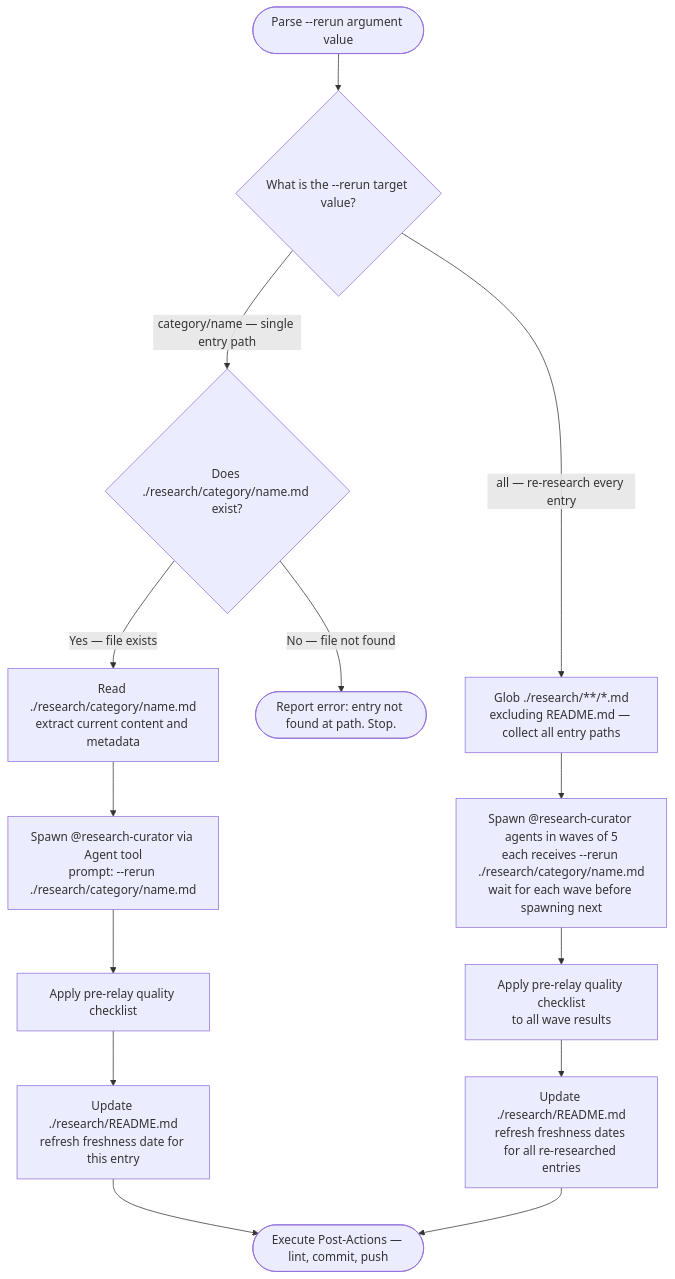
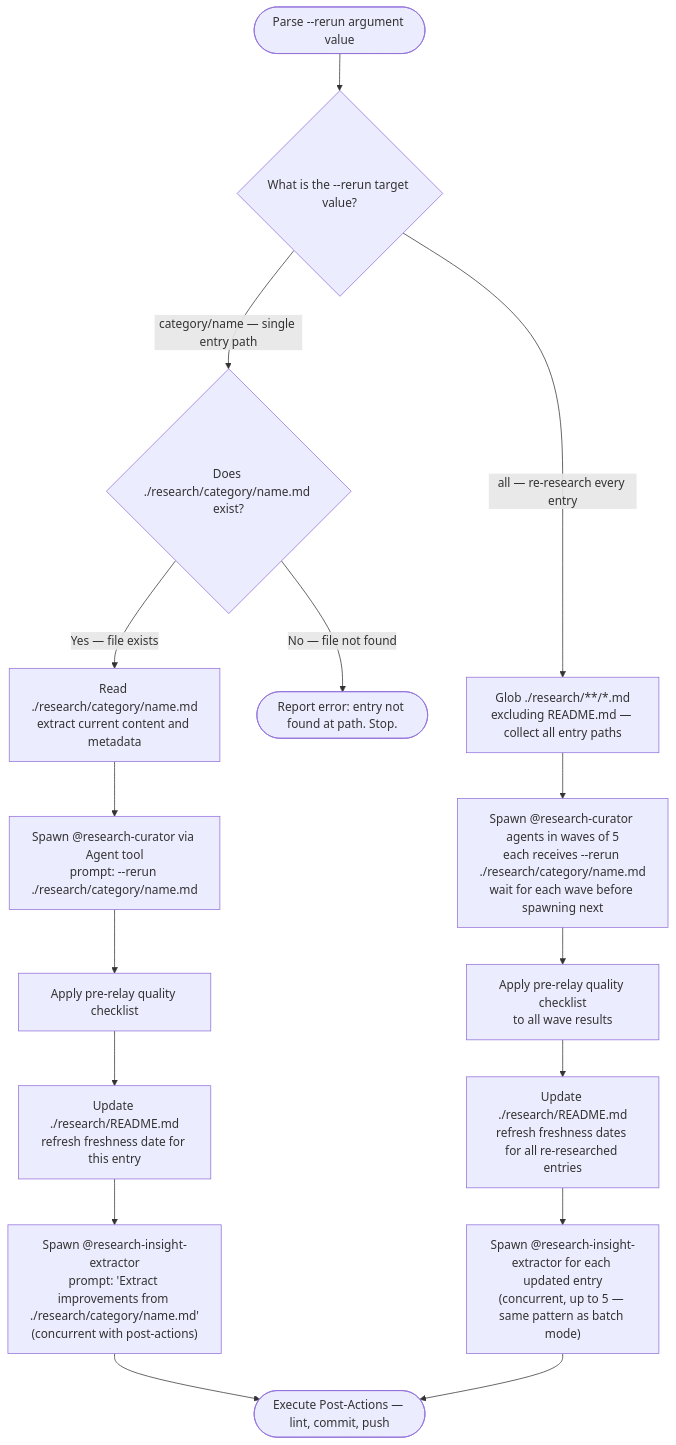
The third of 4 diagrams in .claude/skills/research-curator/SKILL.md (chgreer1070/claude_skills), drawn with Mermaid before and after one commit. The commit also changed other lines of this file and 2 other files, not shown here.

````diff
--- a/.claude/skills/research-curator/SKILL.md
+++ b/.claude/skills/research-curator/SKILL.md
@@ -210,16 +222,18 @@
 ```mermaid
 flowchart TD
     Start(["Parse --rerun argument value"]) --> Q{"What is the --rerun target value?"}
     Q -->|"category/name — single entry path"| VerifyFile{"Does ./research/category/name.md exist?"}
     Q -->|"all — re-research every entry"| FindAll["Glob ./research/**/*.md<br>excluding README.md — collect all entry paths"]
     VerifyFile -->|"No — file not found"| Missing(["Report error: entry not found at path. Stop."])
     VerifyFile -->|"Yes — file exists"| ReadFile["Read ./research/category/name.md<br>extract current content and metadata"]
     ReadFile --> Spawn1["Spawn @research-curator via Agent tool<br>prompt: --rerun ./research/category/name.md"]
     Spawn1 --> RelayCheck1["Apply pre-relay quality checklist"]
     RelayCheck1 --> UpdateDate["Update ./research/README.md<br>refresh freshness date for this entry"]
     FindAll --> WaveSpawn["Spawn @research-curator agents in waves of 5<br>each receives --rerun ./research/category/name.md<br>wait for each wave before spawning next"]
     WaveSpawn --> RelayCheck2["Apply pre-relay quality checklist<br>to all wave results"]
     RelayCheck2 --> UpdateDates["Update ./research/README.md<br>refresh freshness dates for all re-researched entries"]
-    UpdateDate --> PostActions(["Execute Post-Actions — lint, commit, push"])
-    UpdateDates --> PostActions
+    UpdateDate --> SpawnInsight1["Spawn @research-insight-extractor<br>prompt: 'Extract improvements from ./research/category/name.md'<br>(concurrent with post-actions)"]
+    SpawnInsight1 --> PostActions(["Execute Post-Actions — lint, commit, push"])
+    UpdateDates --> SpawnInsightsN["Spawn @research-insight-extractor for each updated entry<br>(concurrent, up to 5 — same pattern as batch mode)"]
+    SpawnInsightsN --> PostActions
 ```
````
